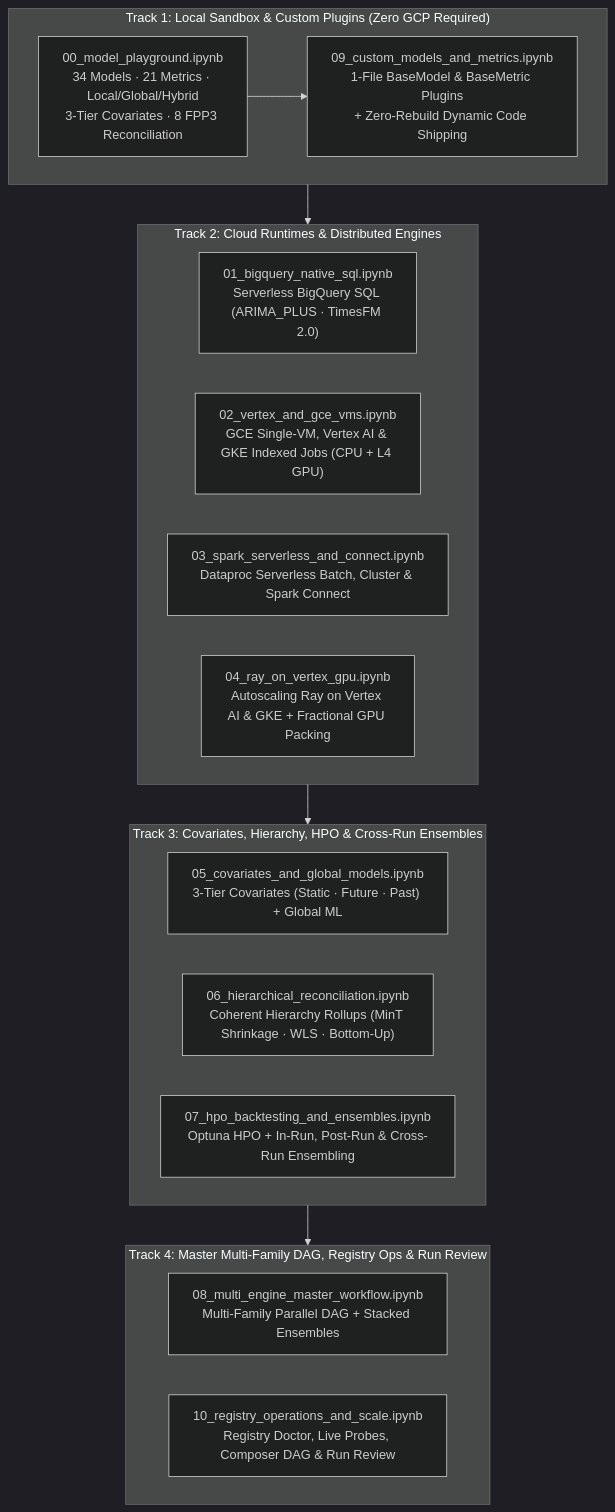
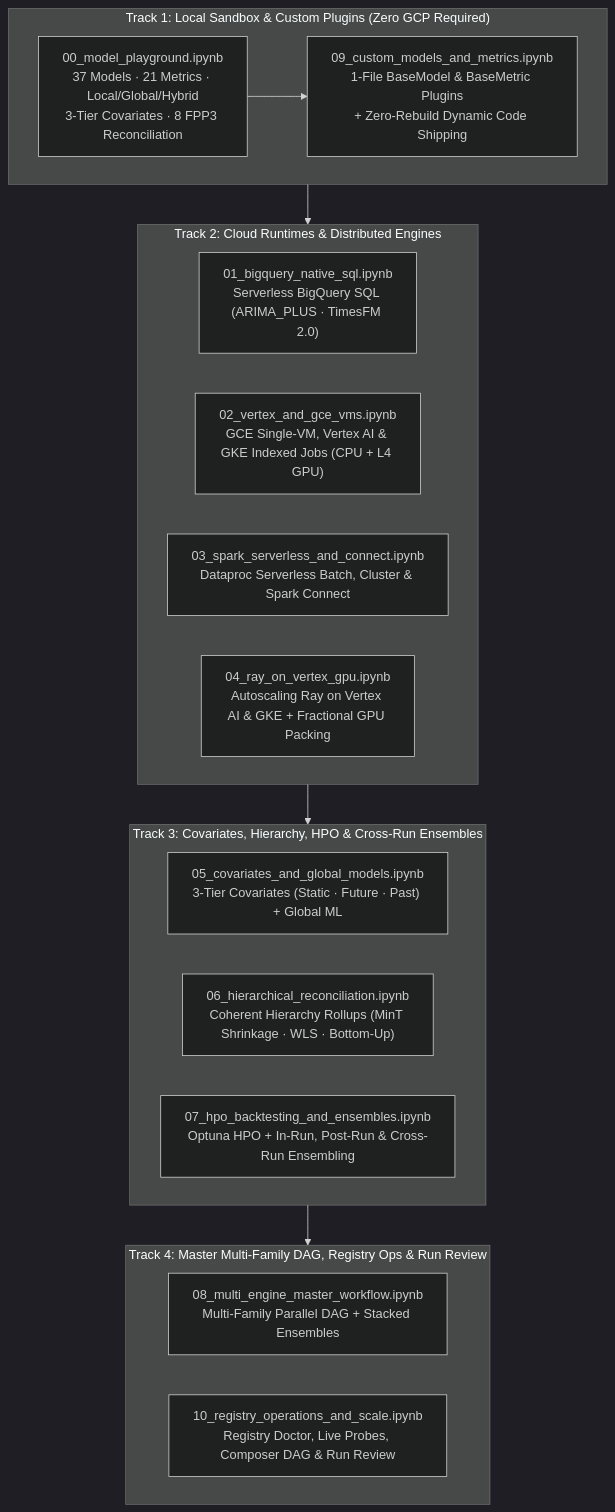
The diagram in notebooks/README.md (statmike/scale-forecasting), drawn with Mermaid (dark theme) before and after one commit. The commit also changed other lines of this file and 70 other files, not shown here.

Commit message:
feat(models): add open-weight foundation model suite (chronos_bolt, chronos2, timesfm_torch) and [models-foundation] extra

````diff
--- a/notebooks/README.md
+++ b/notebooks/README.md
@@ -8,28 +8,28 @@
 ```mermaid
 flowchart TD
     subgraph Track1["Track 1: Local Sandbox & Custom Plugins (Zero GCP Required)"]
-        NB00["00_model_playground.ipynb<br/>34 Models · 21 Metrics · Local/Global/Hybrid<br/>3-Tier Covariates · 8 FPP3 Reconciliation"]
+        NB00["00_model_playground.ipynb<br/>37 Models · 21 Metrics · Local/Global/Hybrid<br/>3-Tier Covariates · 8 FPP3 Reconciliation"]
         NB09["09_custom_models_and_metrics.ipynb<br/>1-File BaseModel & BaseMetric Plugins<br/>+ Zero-Rebuild Dynamic Code Shipping"]
     end
 
     subgraph Track2["Track 2: Cloud Runtimes & Distributed Engines"]
         NB01["01_bigquery_native_sql.ipynb<br/>Serverless BigQuery SQL (ARIMA_PLUS · TimesFM 2.0)"]
         NB02["02_vertex_and_gce_vms.ipynb<br/>GCE Single-VM, Vertex AI & GKE Indexed Jobs (CPU + L4 GPU)"]
         NB03["03_spark_serverless_and_connect.ipynb<br/>Dataproc Serverless Batch, Cluster & Spark Connect"]
         NB04["04_ray_on_vertex_gpu.ipynb<br/>Autoscaling Ray on Vertex AI & GKE + Fractional GPU Packing"]
     end
 
     subgraph Track3["Track 3: Covariates, Hierarchy, HPO & Cross-Run Ensembles"]
         NB05["05_covariates_and_global_models.ipynb<br/>3-Tier Covariates (Static · Future · Past) + Global ML"]
         NB06["06_hierarchical_reconciliation.ipynb<br/>Coherent Hierarchy Rollups (MinT Shrinkage · WLS · Bottom-Up)"]
         NB07["07_hpo_backtesting_and_ensembles.ipynb<br/>Optuna HPO + In-Run, Post-Run & Cross-Run Ensembling"]
     end
 
     subgraph Track4["Track 4: Master Multi-Family DAG, Registry Ops & Run Review"]
         NB08["08_multi_engine_master_workflow.ipynb<br/>Multi-Family Parallel DAG + Stacked Ensembles"]
         NB10["10_registry_operations_and_scale.ipynb<br/>Registry Doctor, Live Probes, Composer DAG & Run Review"]
     end
 
     NB00 --> NB09
     Track1 --> Track2 --> Track3 --> Track4
 ```
````
